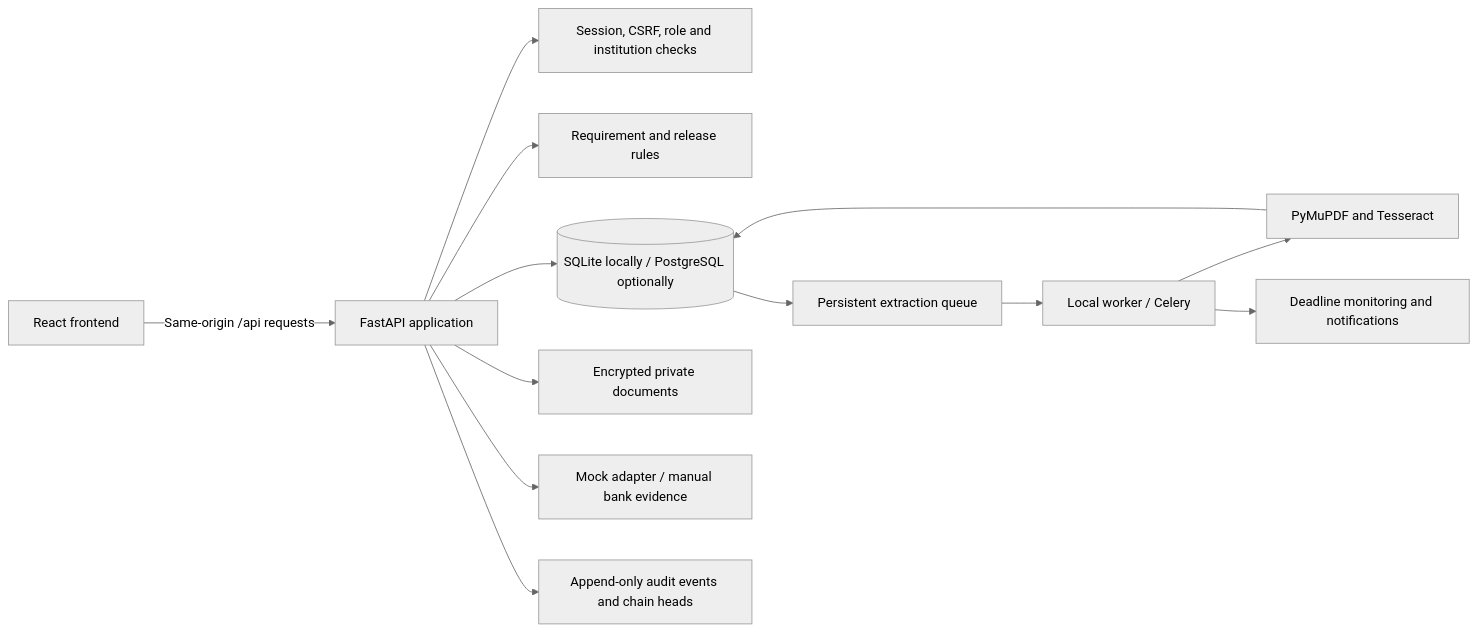
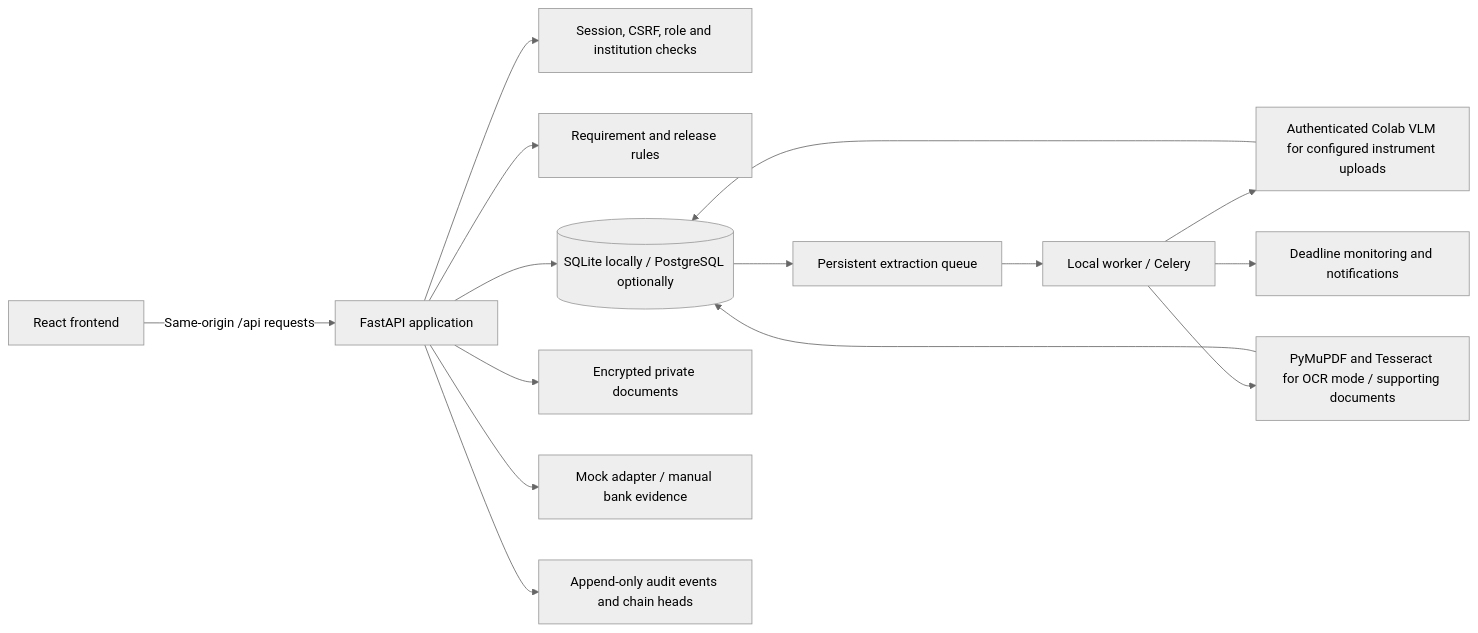
The first of 2 diagrams in README.md (Ironankit525/SIH_FDR), drawn with Mermaid (neutral theme) before and after one commit. The commit also changed other lines of this file and 25 other files, not shown here.

Commit message:
Enable shared Colab VLM testing and recoverable worker setup

````diff
--- a/README.md
+++ b/README.md
@@ -129,15 +129,17 @@
 ```mermaid
 flowchart LR
     Browser[React frontend] -->|Same-origin /api requests| API[FastAPI application]
     API --> Access[Session, CSRF, role and institution checks]
     API --> Rules[Requirement and release rules]
     API --> DB[(SQLite locally / PostgreSQL optionally)]
     API --> Vault[Encrypted private documents]
     API --> Bank[Mock adapter / manual bank evidence]
     API --> Audit[Append-only audit events and chain heads]
     DB --> Jobs[Persistent extraction queue]
     Jobs --> Worker[Local worker / Celery]
-    Worker --> OCR[PyMuPDF and Tesseract]
+    Worker --> VLM[Authenticated Colab VLM for configured instrument uploads]
+    Worker --> OCR[PyMuPDF and Tesseract for OCR mode / supporting documents]
+    VLM --> DB
     OCR --> DB
     Worker --> Alerts[Deadline monitoring and notifications]
 ```
````
